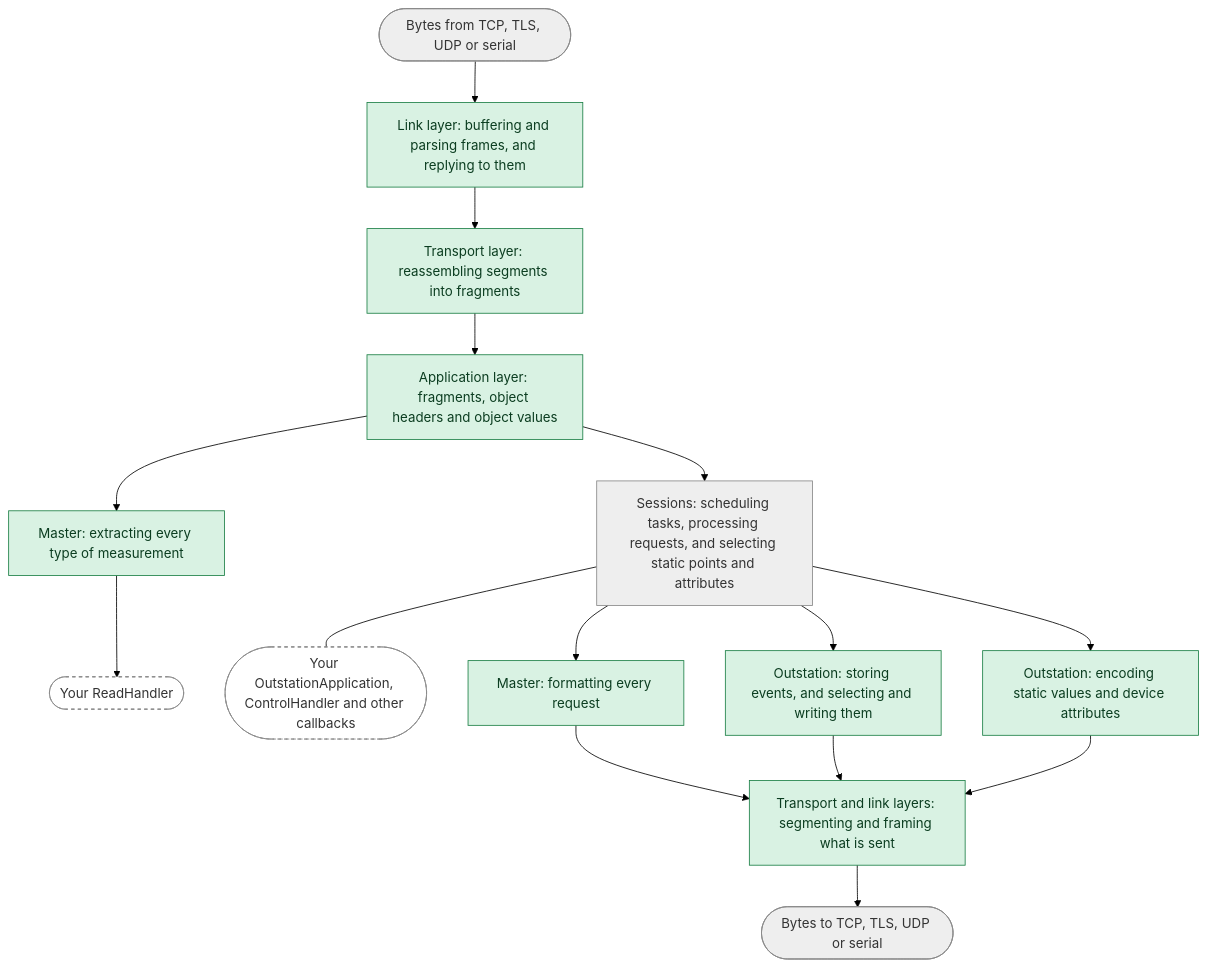
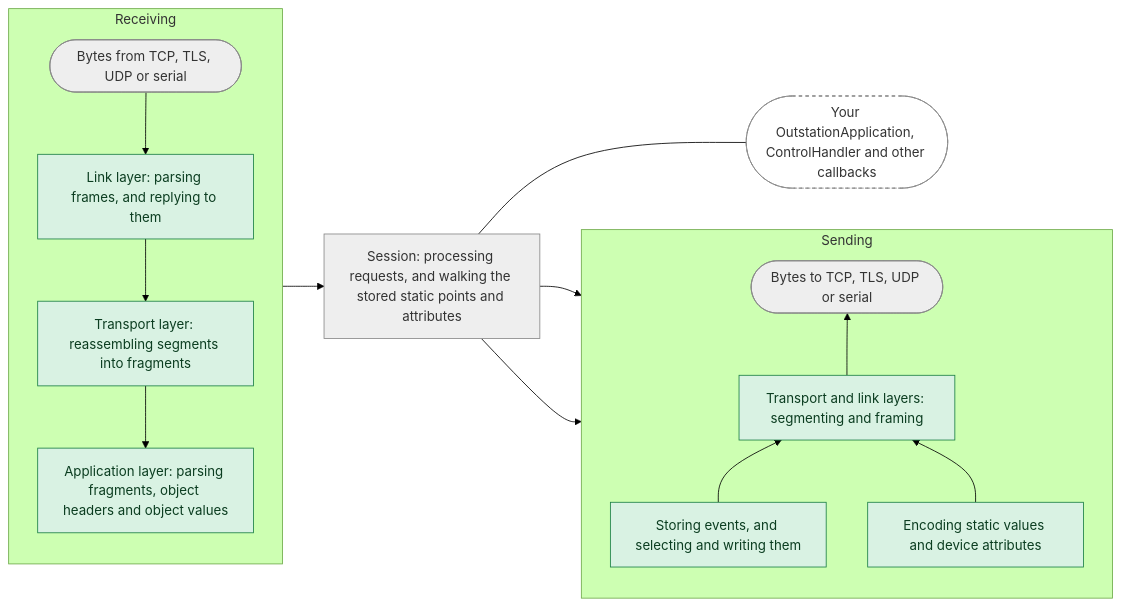
The second of 2 diagrams in guide/docs/about/security.mdx (stepfunc/dnp3), drawn with Mermaid (forest theme) before and after one commit. The commit also changed other lines of this file, not shown here.

Commit message:
Split the no-panic diagram into master and outstation tabs; shorten the budget paragraph

````diff
--- a/guide/docs/about/security.mdx
+++ b/guide/docs/about/security.mdx
@@ -63,27 +100,30 @@
 ```mermaid
-flowchart TD
-    bytes(["Bytes from TCP, TLS, UDP or serial"]):::outside
-    reader["Link layer: buffering and parsing frames, and replying to them"]:::proven
-    transport["Transport layer: reassembling segments into fragments"]:::proven
-    app["Application layer: fragments, object headers and object values"]:::proven
-    master["Master: extracting every type of measurement"]:::proven
-    readhandler(["Your ReadHandler"]):::user
-    session["Sessions: scheduling tasks, processing requests, and selecting static points and attributes"]:::outside
+flowchart LR
+    subgraph receiving [Receiving]
+        direction TB
+        rx(["Bytes from TCP, TLS, UDP or serial"]):::outside
+        rlink["Link layer: parsing frames, and replying to them"]:::proven
+        rtransport["Transport layer: reassembling segments into fragments"]:::proven
+        rapp["Application layer: parsing fragments, object headers and object values"]:::proven
+        rx --> rlink --> rtransport --> rapp
+    end
+    subgraph sending [Sending]
+        direction BT
+        events["Storing events, and selecting and writing them"]:::proven
+        values["Encoding static values and device attributes"]:::proven
+        sframe["Transport and link layers: segmenting and framing"]:::proven
+        tx(["Bytes to TCP, TLS, UDP or serial"]):::outside
+        events --> sframe
+        values --> sframe
+        sframe --> tx
+    end
+    session["Session: processing requests, and walking the stored static points and attributes"]:::outside
     handlers(["Your OutstationApplication, ControlHandler and other callbacks"]):::user
-    requests["Master: formatting every request"]:::proven
-    events["Outstation: storing events, and selecting and writing them"]:::proven
-    values["Outstation: encoding static values and device attributes"]:::proven
-    framing["Transport and link layers: segmenting and framing what is sent"]:::proven
-    sent(["Bytes to TCP, TLS, UDP or serial"]):::outside
-    bytes --> reader --> transport --> app
-    app --> master --> readhandler
-    app --> session
+    rapp --> session
     session --- handlers
-    session --> requests --> framing
-    session --> events --> framing
-    session --> values --> framing
-    framing --> sent
+    session --> events
+    session --> values
     classDef proven fill:#d9f2e3,stroke:#1b7f45,color:#0b3d20
     classDef outside fill:#eeeeee,stroke:#888888,color:#333333
     classDef user fill:#ffffff,stroke:#888888,stroke-dasharray:4 4,color:#333333
 ```
````
